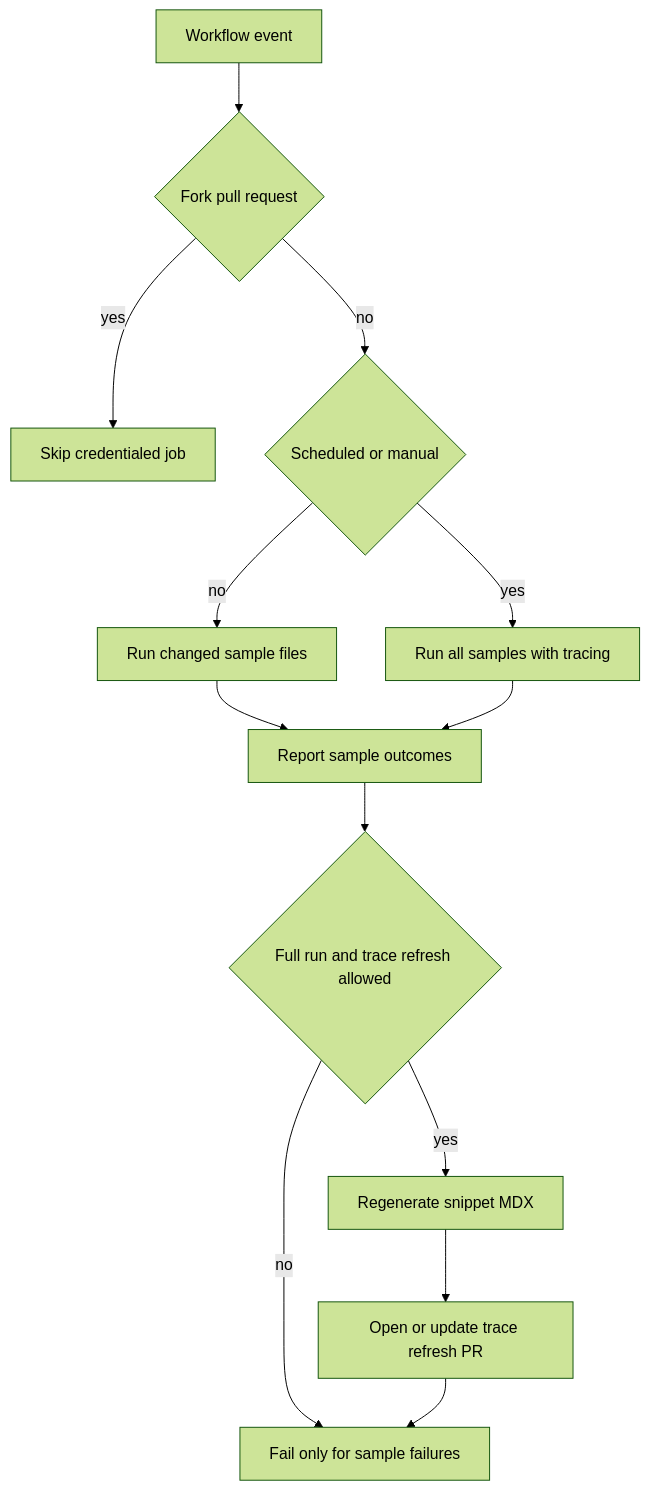
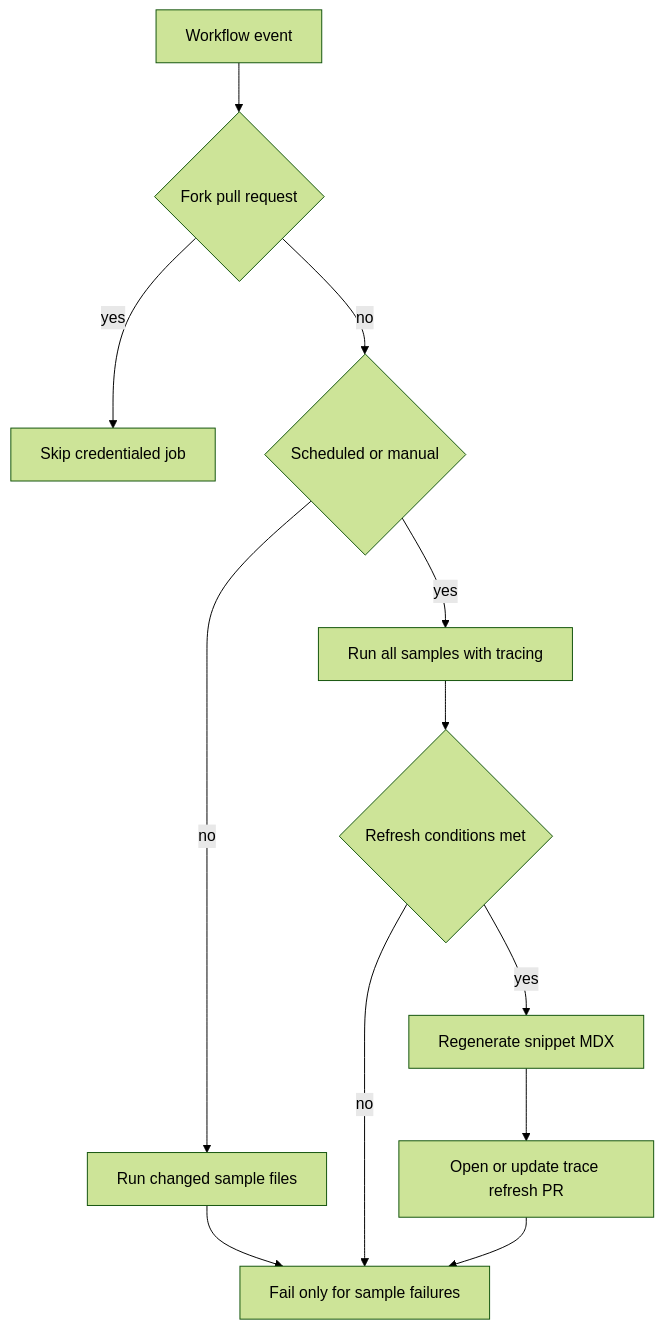
One commit to langchain-ai/docs changed the second of 2 diagrams in openwiki/testing/test-overview.md. Above: the diagram before and after it, drawn with Mermaid (forest theme). The commit also changed other lines of this file and 18 other files, not shown here.

````diff
--- a/openwiki/testing/test-overview.md
+++ b/openwiki/testing/test-overview.md
@@ -118,15 +121,14 @@
 ```mermaid
 flowchart TD
   Event["Workflow event"] --> Trust{"Fork pull request"}
   Trust -->|"yes"| Skip["Skip credentialed job"]
   Trust -->|"no"| Scope{"Scheduled or manual"}
   Scope -->|"no"| Changed["Run changed sample files"]
   Scope -->|"yes"| All["Run all samples with tracing"]
-  Changed --> Result["Report sample outcomes"]
-  All --> Result
-  Result --> Refresh{"Full run and trace refresh allowed"}
-  Refresh -->|"yes"| Snippets["Regenerate snippet MDX"]
-  Refresh -->|"no"| Final["Fail only for sample failures"]
+  Changed --> Final["Fail only for sample failures"]
+  All --> Gate{"Refresh conditions met"}
+  Gate -->|"yes"| Snippets["Regenerate snippet MDX"]
+  Gate -->|"no"| Final
   Snippets --> PullRequest["Open or update trace refresh PR"]
   PullRequest --> Final
 ```
````
